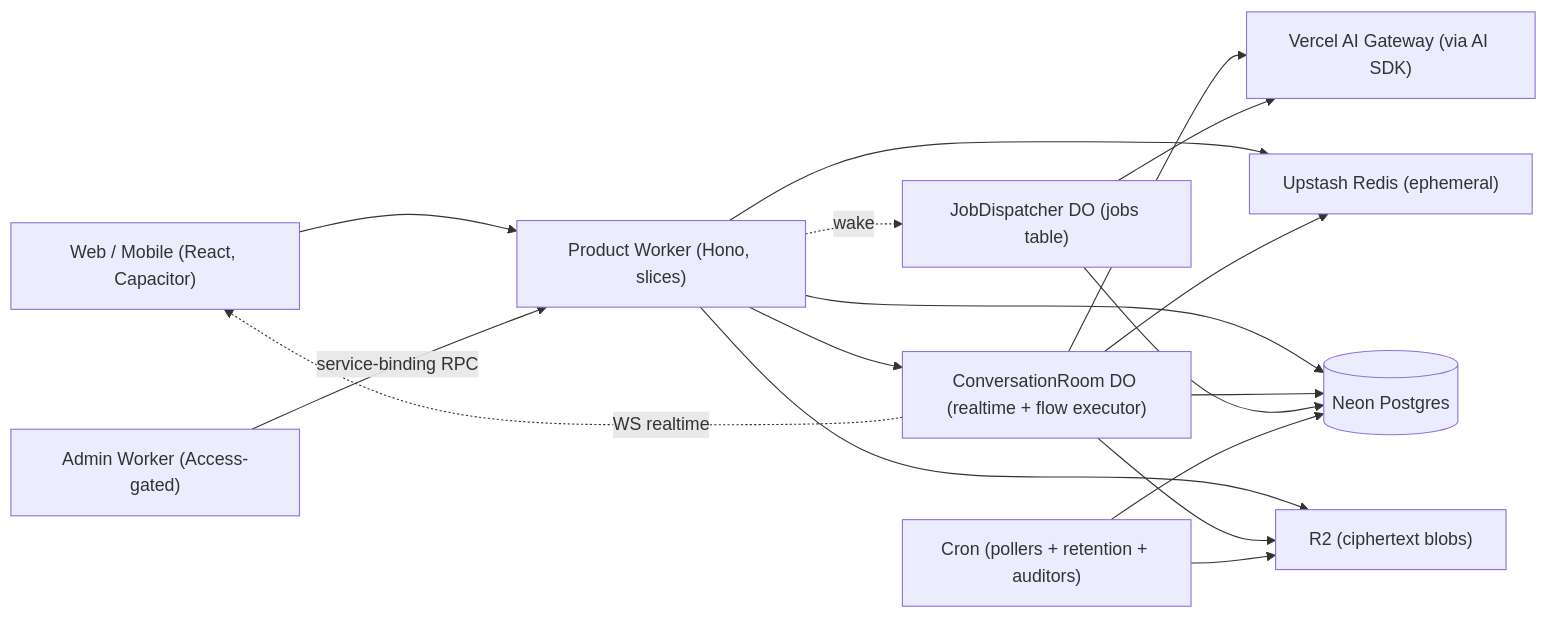
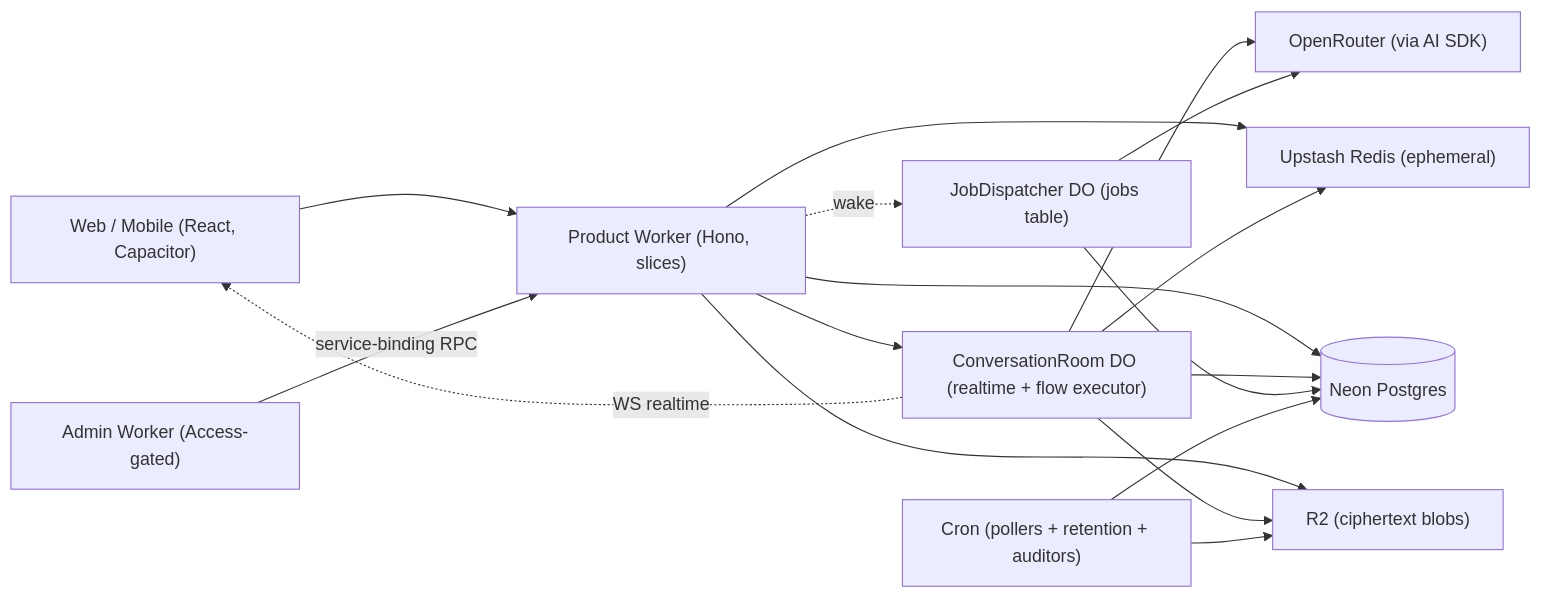
One commit to LOME-AI/LOME-CHAT changed the diagram in docs/ARCHITECTURE.md. Above: the diagram before and after it, drawn with Mermaid. The commit also changed other lines of this file and 21 other files, not shown here.

````diff
--- a/docs/ARCHITECTURE.md
+++ b/docs/ARCHITECTURE.md
@@ -16,22 +16,22 @@
 ```mermaid
 flowchart LR
   Client["Web / Mobile (React, Capacitor)"]
   Worker["Product Worker (Hono, slices)"]
   Admin["Admin Worker (Access-gated)"]
   DO["ConversationRoom DO (realtime + flow executor)"]
   Jobs["JobDispatcher DO (jobs table)"]
   PG[("Neon Postgres")]
   R2["R2 (ciphertext blobs)"]
   Redis["Upstash Redis (ephemeral)"]
-  Prov["Vercel AI Gateway (via AI SDK)"]
+  Prov["OpenRouter (via AI SDK)"]
   Cron["Cron (pollers + retention + auditors)"]
 
   Client --> Worker
   Admin -- service-binding RPC --> Worker
   Worker --> PG & Redis & R2 & DO
   Worker -. wake .-> Jobs
   DO --> Prov & PG & R2 & Redis
   Jobs --> PG & Prov
   Cron --> PG & R2
   DO -. WS realtime .-> Client
 ```
````
